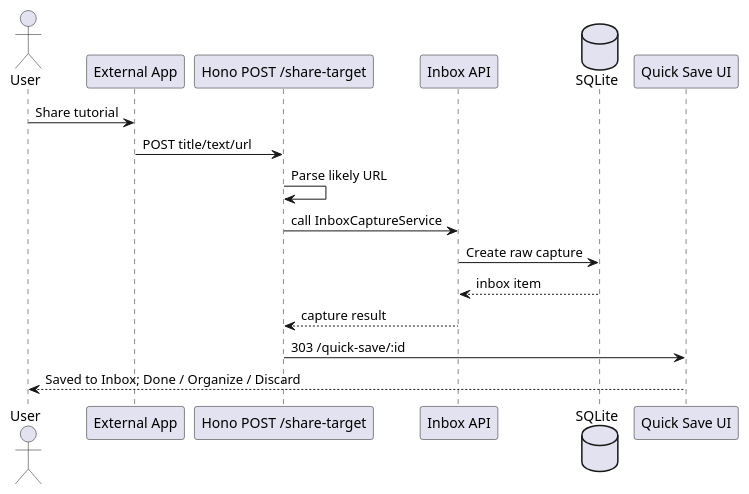
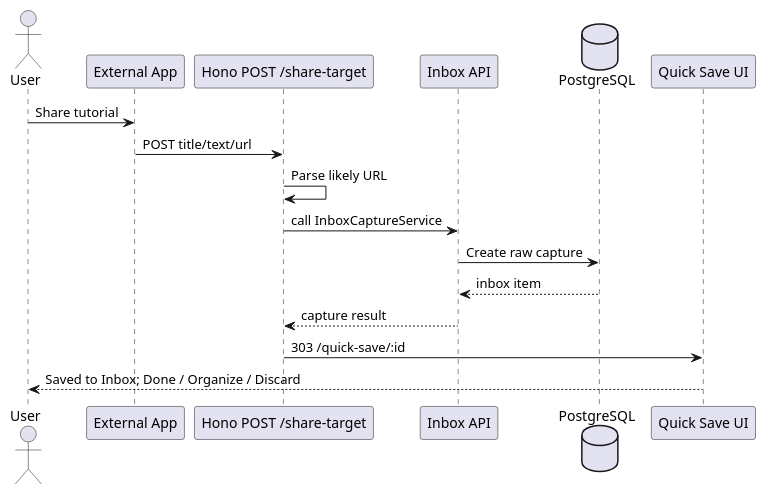
One commit to wudong/tt-learning-library changed the second of 2 diagrams in docs/TECH.md. Above: the diagram before and after it, drawn with PlantUML. The commit also changed other lines of this file and 59 other files, not shown here.

````diff
--- a/docs/TECH.md
+++ b/docs/TECH.md
@@ -375,20 +370,20 @@
 ```plantuml
 @startuml
 actor User
 participant "External App" as External
 participant "Hono POST /share-target" as Target
 participant "Inbox API" as API
-database "SQLite" as DB
+database "PostgreSQL" as DB
 participant "Quick Save UI" as UI
 
 User -> External: Share tutorial
 External -> Target: POST title/text/url
 Target -> Target: Parse likely URL
 Target -> API: call InboxCaptureService
 API -> DB: Create raw capture
 DB --> API: inbox item
 API --> Target: capture result
 Target -> UI: 303 /quick-save/:id
 UI --> User: Saved to Inbox; Done / Organize / Discard
 @enduml
 ```
````
